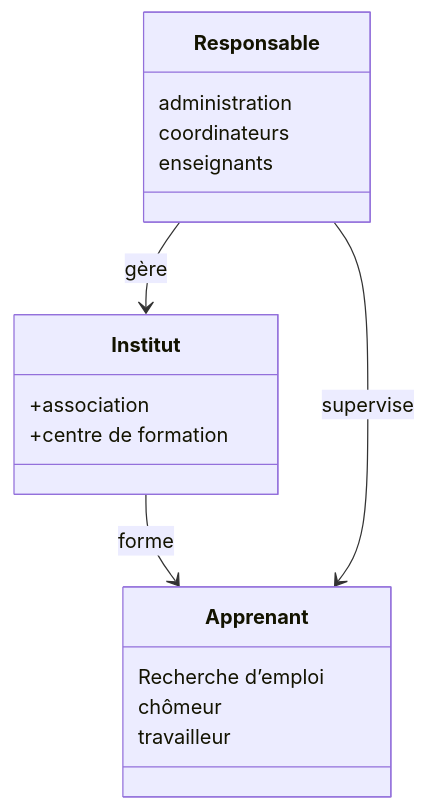
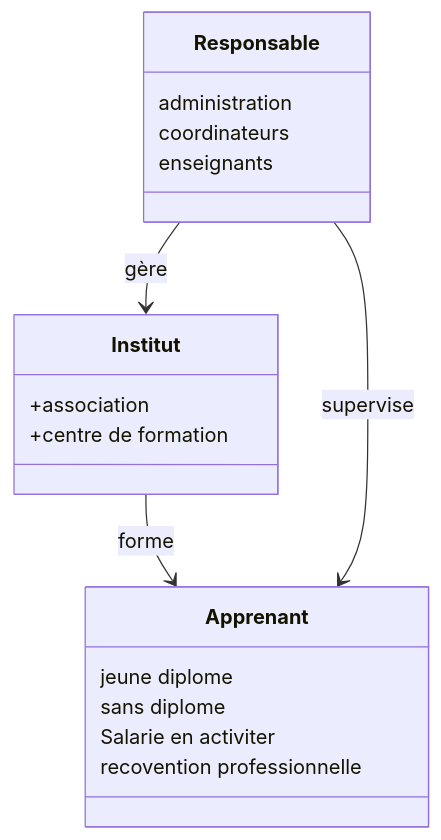
Before and after one commit to bouzidifatimazohra00-ux/inclusion-numerique-93: the diagram in acteurFatimah.md, drawn with Mermaid.

````diff
--- a/acteurFatimah.md
+++ b/acteurFatimah.md
@@ -2,20 +2,21 @@
 ```mermaid
 classDiagram
 direction TB
     class Institut {
 	    +association
 	    +centre de formation}
     class Responsable {
       administration
       coordinateurs
       enseignants}
 
     class Apprenant {
-	   Recherche d’emploi
-	   chômeur
-       travailleur
+	   jeune diplome
+	   sans diplome
+       Salarie en activiter
+       recovention professionnelle
    }
     Institut --> Apprenant:forme  
     Responsable --> Institut:gère
     Responsable --> Apprenant:supervise
 ```
````
